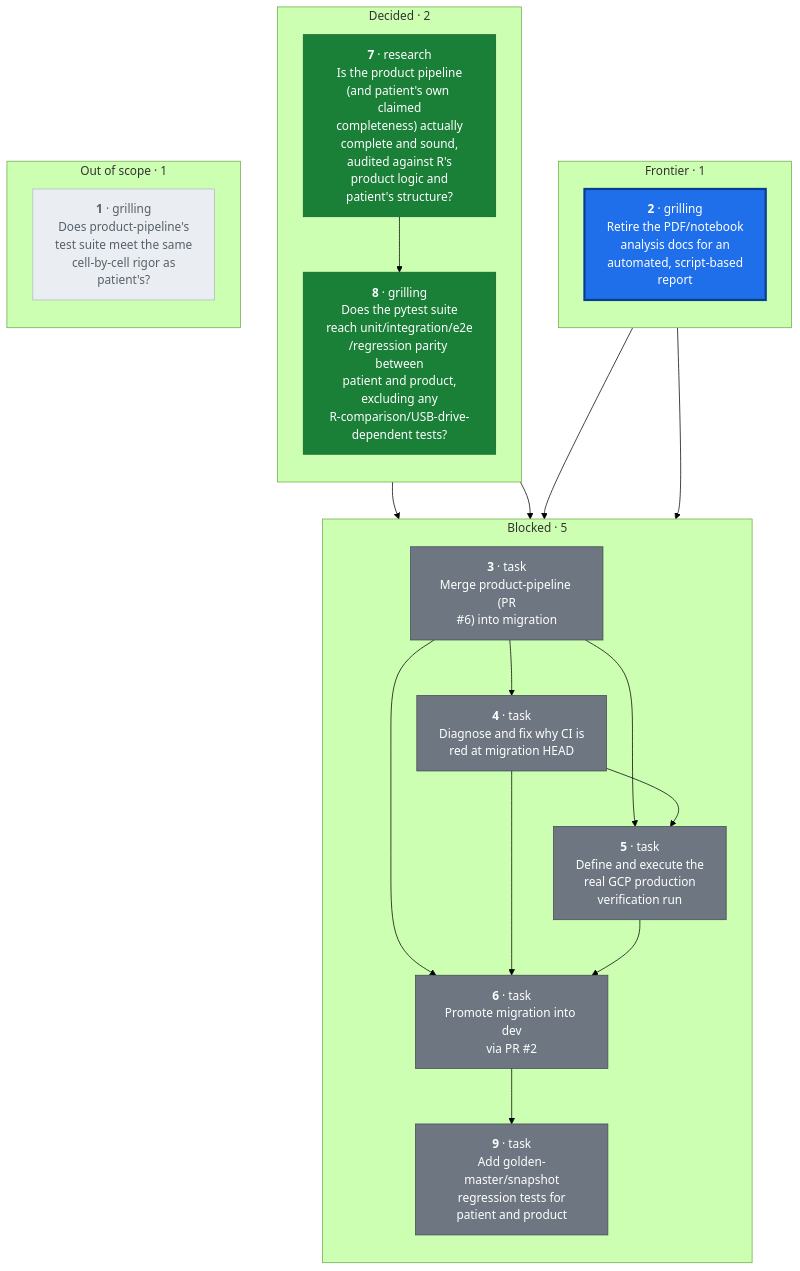
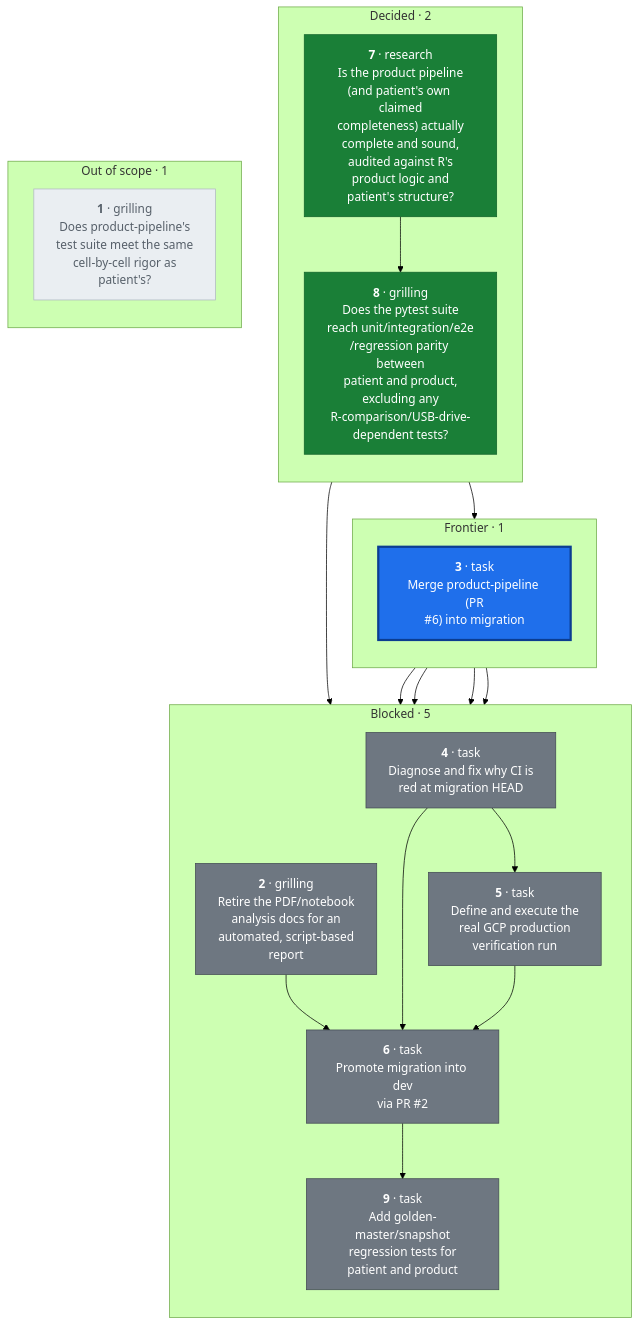
One commit to CorrelAid/a4d changed the first of 2 diagrams in docs/wayfinder/map.md. Above: the diagram before and after it, drawn with Mermaid (forest theme). The commit also changed other lines of this file and 6 other files, not shown here.

First line of the commit message:
Resequence wayfinder ticket 2 to after the merge, not before

````diff
--- a/docs/wayfinder/map.md
+++ b/docs/wayfinder/map.md
@@ -23,46 +23,46 @@
 ```mermaid
 flowchart TD
   subgraph FRONTIER["Frontier · 1"]
     direction TB
-    T2["<b>2</b> · grilling<br/>Retire the PDF/notebook<br/>analysis docs for an<br/>automated, script-based<br/>report"]
+    T3["<b>3</b> · task<br/>Merge product-pipeline (PR<br/>#6) into migration"]
   end
   subgraph BLOCKED["Blocked · 5"]
     direction TB
-    T3["<b>3</b> · task<br/>Merge product-pipeline (PR<br/>#6) into migration"]
+    T2["<b>2</b> · grilling<br/>Retire the PDF/notebook<br/>analysis docs for an<br/>automated, script-based<br/>report"]
     T4["<b>4</b> · task<br/>Diagnose and fix why CI is<br/>red at migration HEAD"]
     T5["<b>5</b> · task<br/>Define and execute the<br/>real GCP production<br/>verification run"]
     T6["<b>6</b> · task<br/>Promote migration into dev<br/>via PR #2"]
     T9["<b>9</b> · task<br/>Add golden-master/snapshot<br/>regression tests for<br/>patient and product"]
   end
   subgraph DECIDED["Decided · 2"]
     direction TB
     T7["<b>7</b> · research<br/>Is the product pipeline<br/>(and patient's own claimed<br/>completeness) actually<br/>complete and sound,<br/>audited against R's<br/>product logic and<br/>patient's structure?"]
     T8["<b>8</b> · grilling<br/>Does the pytest suite<br/>reach unit/integration/e2e<br/>/regression parity between<br/>patient and product,<br/>excluding any<br/>R-comparison/USB-drive-<br/>dependent tests?"]
   end
   subgraph DROPPED["Out of scope · 1"]
     direction TB
     T1["<b>1</b> · grilling<br/>Does product-pipeline's<br/>test suite meet the same<br/>cell-by-cell rigor as<br/>patient's?"]
   end
 
-  T2 --> T3
   T2 --> T6
+  T3 --> T2
   T3 --> T4
   T3 --> T5
   T3 --> T6
   T4 --> T5
   T4 --> T6
   T5 --> T6
   T6 --> T9
   T7 --> T8
   T8 --> T3
   T8 --> T6
 
   classDef frontier fill:#1f6feb,stroke:#0b3d91,stroke-width:3px,color:#ffffff
-  class T2 frontier
+  class T3 frontier
   classDef blocked fill:#6e7781,stroke:#424a53,stroke-width:1px,color:#ffffff
-  class T3,T4,T5,T6,T9 blocked
+  class T2,T4,T5,T6,T9 blocked
   classDef decided fill:#1a7f37,stroke:#116329,stroke-width:1px,color:#ffffff
   class T7,T8 decided
   classDef dropped fill:#eaeef2,stroke:#afb8c1,stroke-width:1px,color:#57606a
   class T1 dropped
 ```
````
